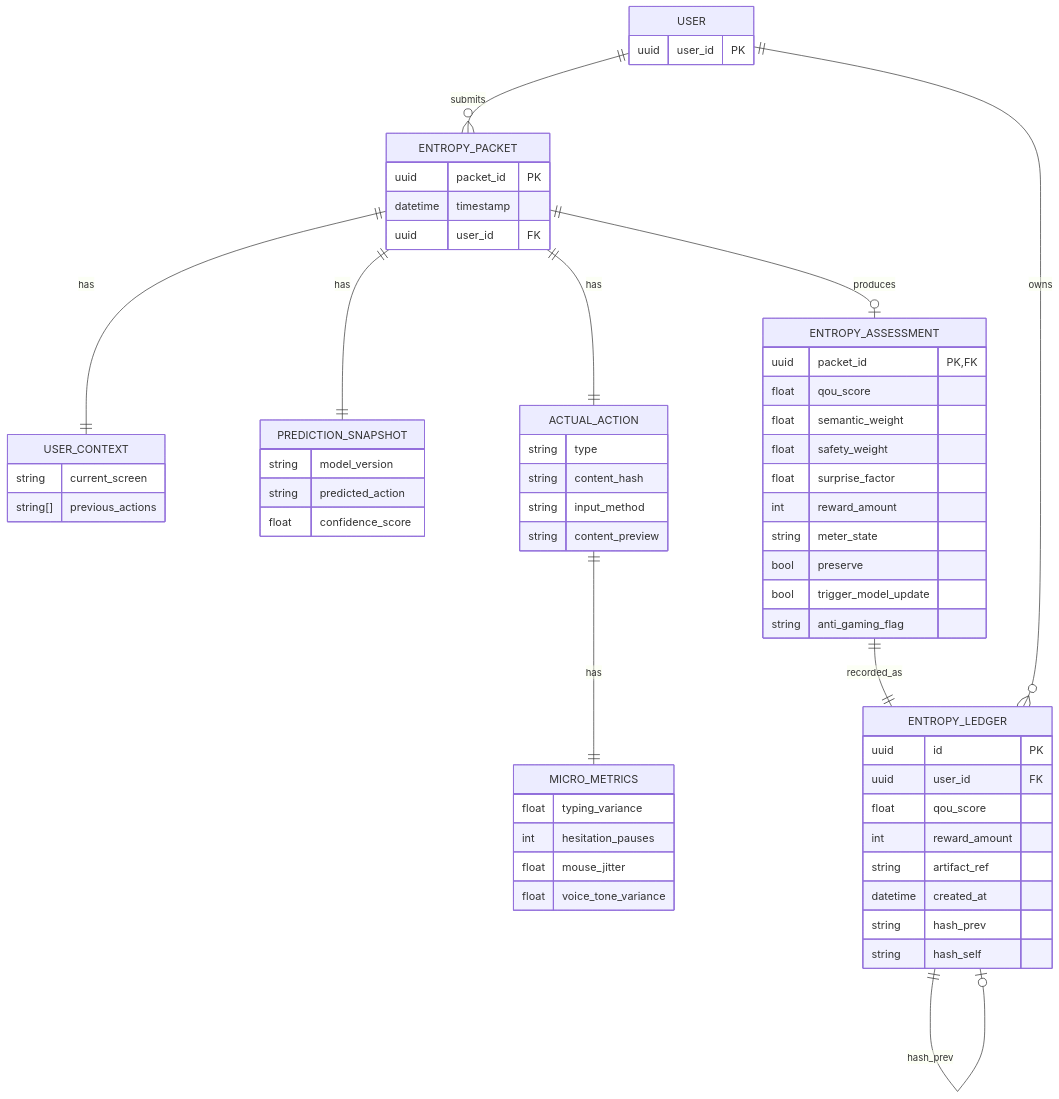
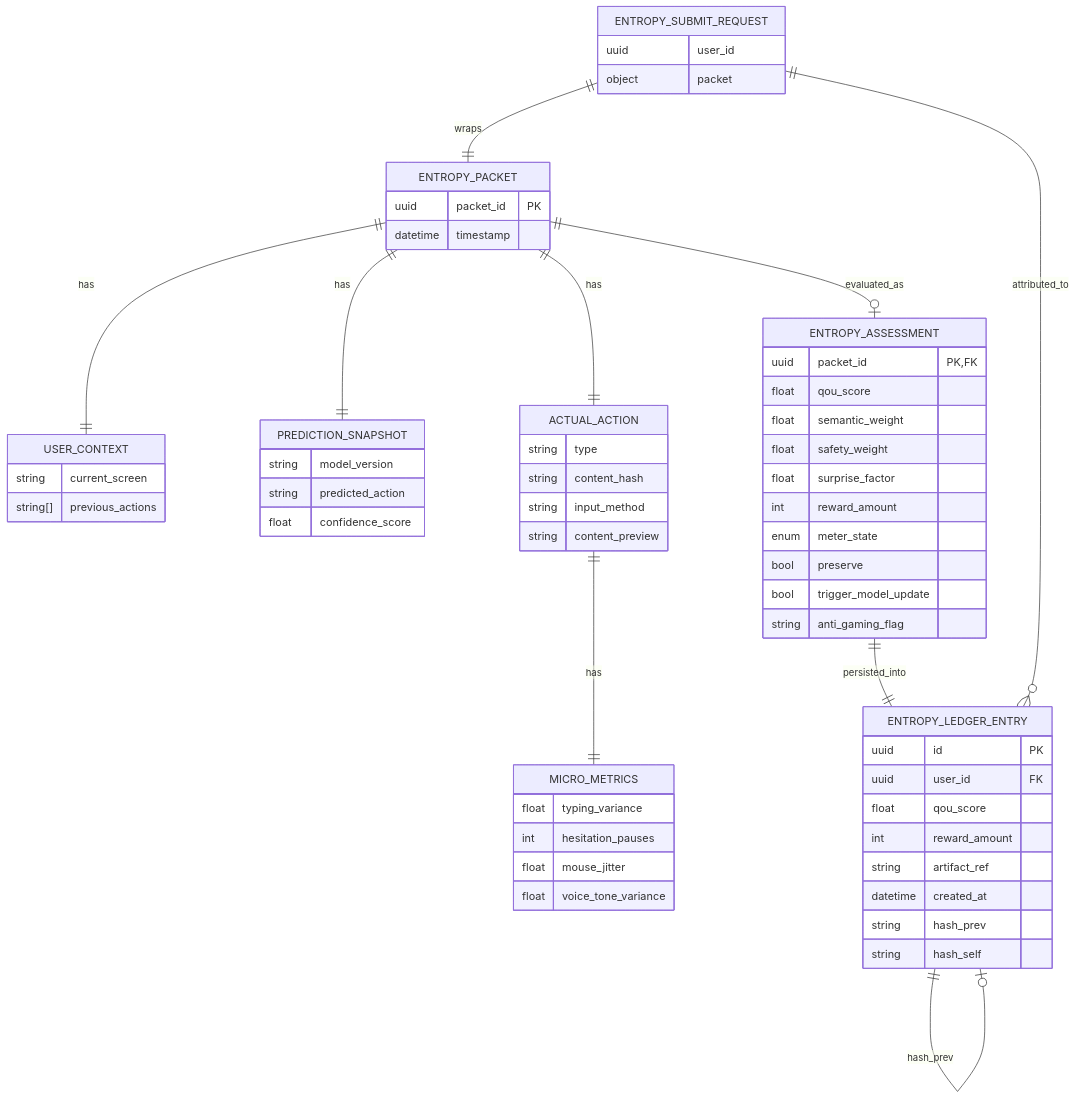
The diagram in README.md (Aetherium-Syndicate-Inspectra/AETHERIUM-GENESIS), drawn with Mermaid before and after one commit. The commit also changed other lines of this file, not shown here.

Commit message:
docs: align README architecture diagram with entropy schemas

````diff
--- a/README.md
+++ b/README.md
@@ -48,71 +48,71 @@
 ```mermaid
 erDiagram
-    USER ||--o{ ENTROPY_PACKET : submits
+    ENTROPY_SUBMIT_REQUEST ||--|| ENTROPY_PACKET : wraps
+    ENTROPY_SUBMIT_REQUEST ||--o{ ENTROPY_LEDGER_ENTRY : attributed_to
     ENTROPY_PACKET ||--|| USER_CONTEXT : has
     ENTROPY_PACKET ||--|| PREDICTION_SNAPSHOT : has
     ENTROPY_PACKET ||--|| ACTUAL_ACTION : has
     ACTUAL_ACTION ||--|| MICRO_METRICS : has
-    ENTROPY_PACKET ||--o| ENTROPY_ASSESSMENT : produces
-    USER ||--o{ ENTROPY_LEDGER : owns
-    ENTROPY_ASSESSMENT ||--|| ENTROPY_LEDGER : recorded_as
-    ENTROPY_LEDGER ||--o| ENTROPY_LEDGER : hash_prev
+    ENTROPY_PACKET ||--o| ENTROPY_ASSESSMENT : evaluated_as
+    ENTROPY_ASSESSMENT ||--|| ENTROPY_LEDGER_ENTRY : persisted_into
+    ENTROPY_LEDGER_ENTRY ||--o| ENTROPY_LEDGER_ENTRY : hash_prev
 
-    USER {
-      uuid user_id PK
+    ENTROPY_SUBMIT_REQUEST {
+      uuid user_id
+      object packet
     }
 
     ENTROPY_PACKET {
       uuid packet_id PK
       datetime timestamp
-      uuid user_id FK
     }
 
     USER_CONTEXT {
       string current_screen
       string[] previous_actions
     }
 
     PREDICTION_SNAPSHOT {
       string model_version
       string predicted_action
       float confidence_score
     }
 
     ACTUAL_ACTION {
       string type
       string content_hash
       string input_method
       string content_preview
     }
 
     MICRO_METRICS {
       float typing_variance
       int hesitation_pauses
       float mouse_jitter
       float voice_tone_variance
     }
 
     ENTROPY_ASSESSMENT {
       uuid packet_id PK,FK
       float qou_score
       float semantic_weight
       float safety_weight
       float surprise_factor
       int reward_amount
-      string meter_state
+      enum meter_state
       bool preserve
       bool trigger_model_update
       string anti_gaming_flag
     }
 
-    ENTROPY_LEDGER {
+    ENTROPY_LEDGER_ENTRY {
       uuid id PK
       uuid user_id FK
       float qou_score
       int reward_amount
       string artifact_ref
       datetime created_at
       string hash_prev
       string hash_self
     }
 ```
````
